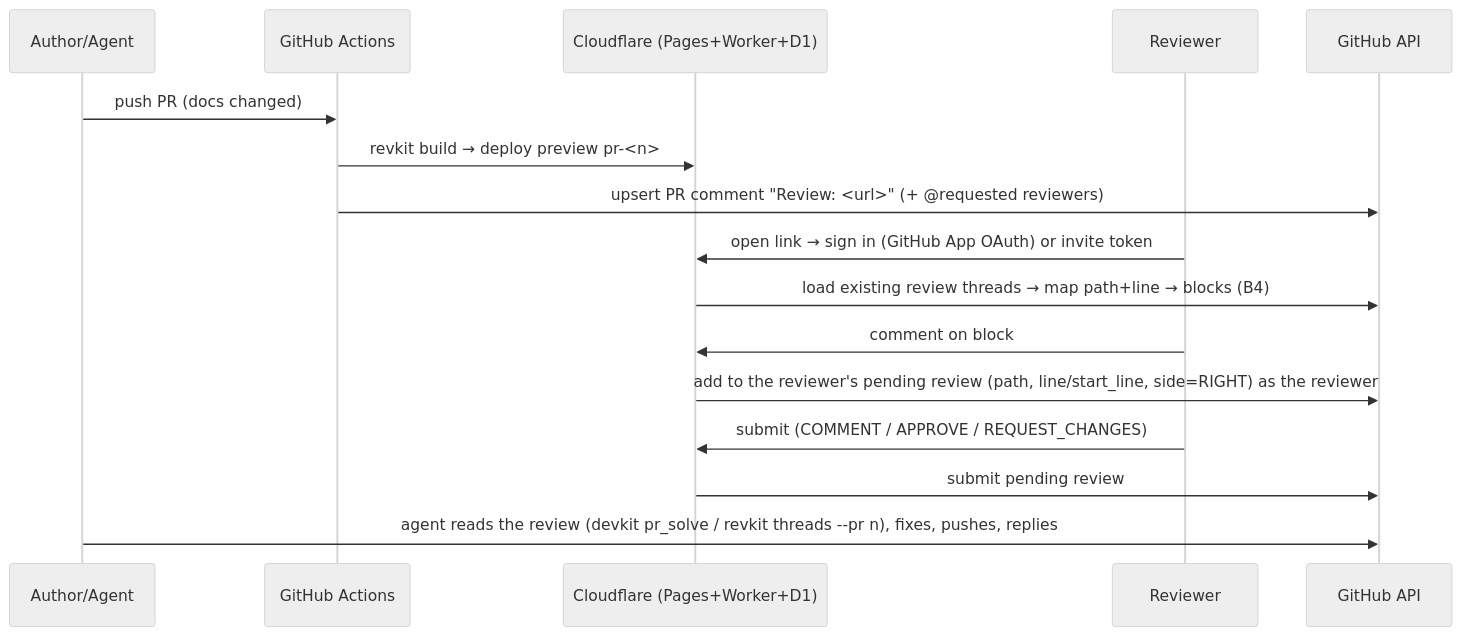
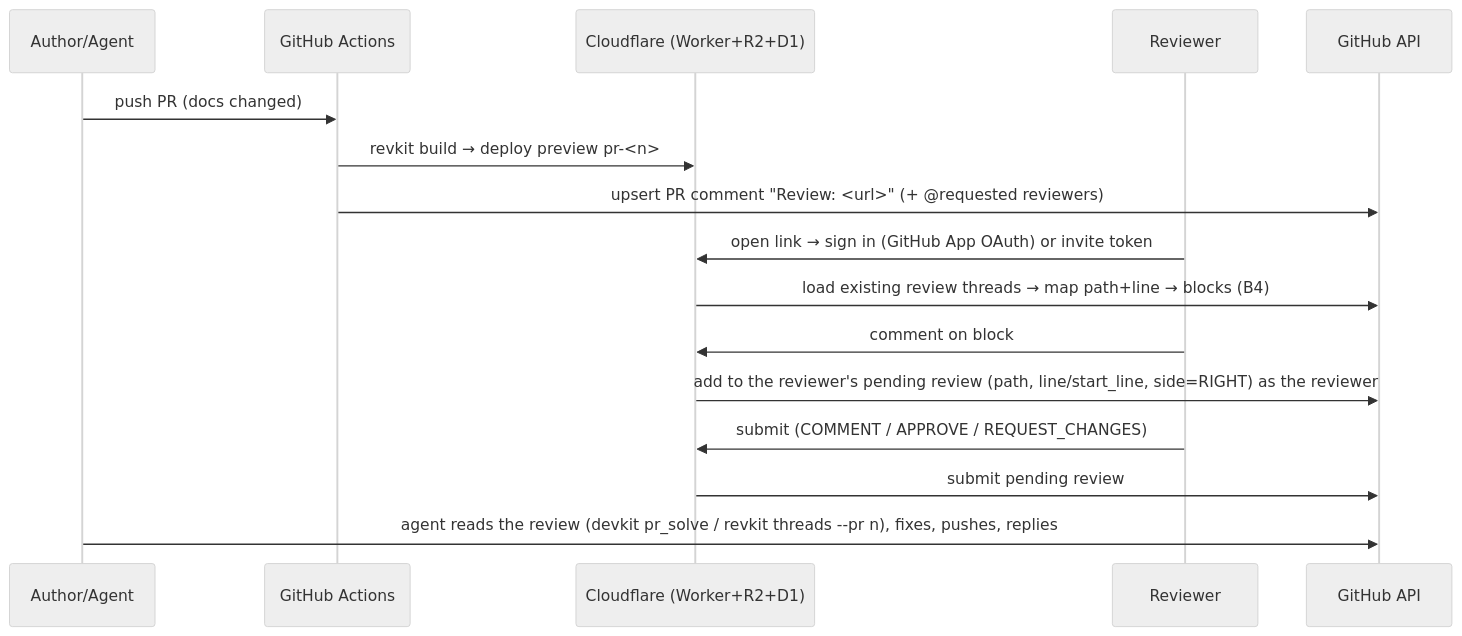
One commit to vig-os/revkit changed the third of 3 diagrams in docs/designs/DESIGN-0001-revkit-architecture.md. Above: the diagram before and after it, drawn with Mermaid (neutral theme). The commit also changed other lines of this file, not shown here.

````diff
--- a/docs/designs/DESIGN-0001-revkit-architecture.md
+++ b/docs/designs/DESIGN-0001-revkit-architecture.md
@@ -313,18 +313,18 @@
 ```mermaid
 sequenceDiagram
   participant A as Author/Agent
   participant CI as GitHub Actions
-  participant CF as Cloudflare (Pages+Worker+D1)
+  participant CF as Cloudflare (Worker+R2+D1)
   participant R as Reviewer
   participant GH as GitHub API
   A->>CI: push PR (docs changed)
   CI->>CF: revkit build → deploy preview pr-<n>
   CI->>GH: upsert PR comment "Review: <url>" (+ @requested reviewers)
   R->>CF: open link → sign in (GitHub App OAuth) or invite token
   CF->>GH: load existing review threads → map path+line → blocks (B4)
   R->>CF: comment on block
   CF->>GH: add to the reviewer's pending review (path, line/start_line, side=RIGHT) as the reviewer
   R->>CF: submit (COMMENT / APPROVE / REQUEST_CHANGES)
   CF->>GH: submit pending review
   A->>GH: agent reads the review (devkit pr_solve / revkit threads --pr n), fixes, pushes, replies
 ```
````
